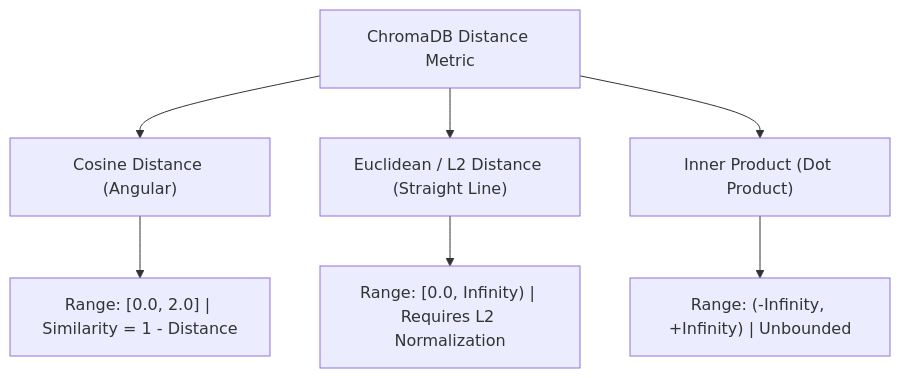
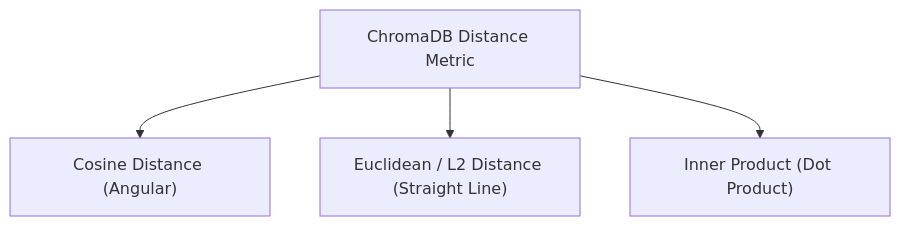
Before and after one commit to DileepWick/vector-doc-engine: the third of 3 diagrams in docs/architecture-and-learnings.md, drawn with Mermaid. The commit also changed other lines of this file and 5 other files, not shown here.

````diff
--- a/docs/architecture-and-learnings.md
+++ b/docs/architecture-and-learnings.md
@@ -60,10 +47,6 @@
 ```mermaid
 flowchart TD
     A[ChromaDB Distance Metric] --> B["Cosine Distance (Angular)"]
     A --> C["Euclidean / L2 Distance (Straight Line)"]
     A --> D["Inner Product (Dot Product)"]
-    
-    B --> B1["Range: [0.0, 2.0] | Similarity = 1 - Distance"]
-    C --> C1["Range: [0.0, Infinity) | Requires L2 Normalization"]
-    D --> D1["Range: (-Infinity, +Infinity) | Unbounded"]
 ```
````
